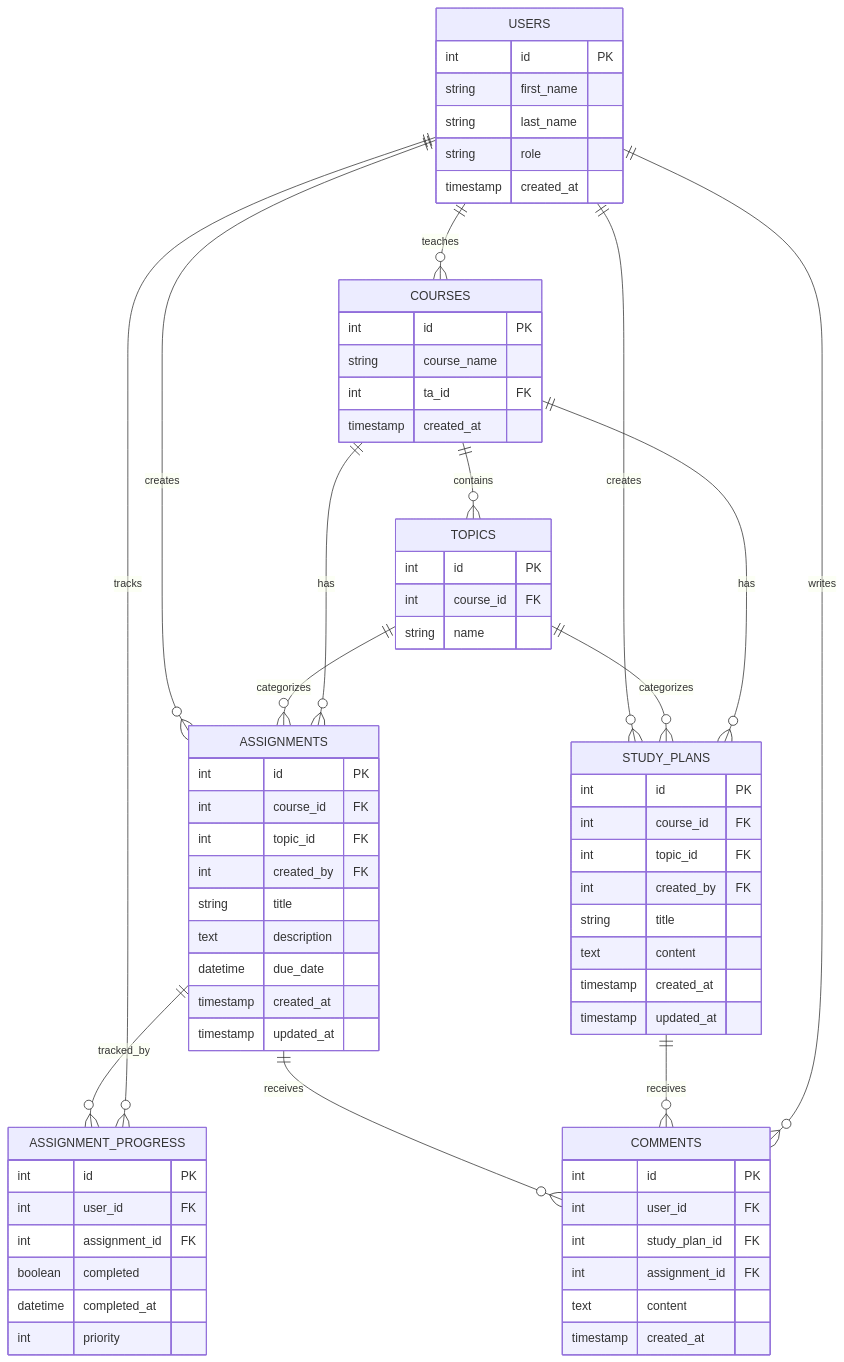
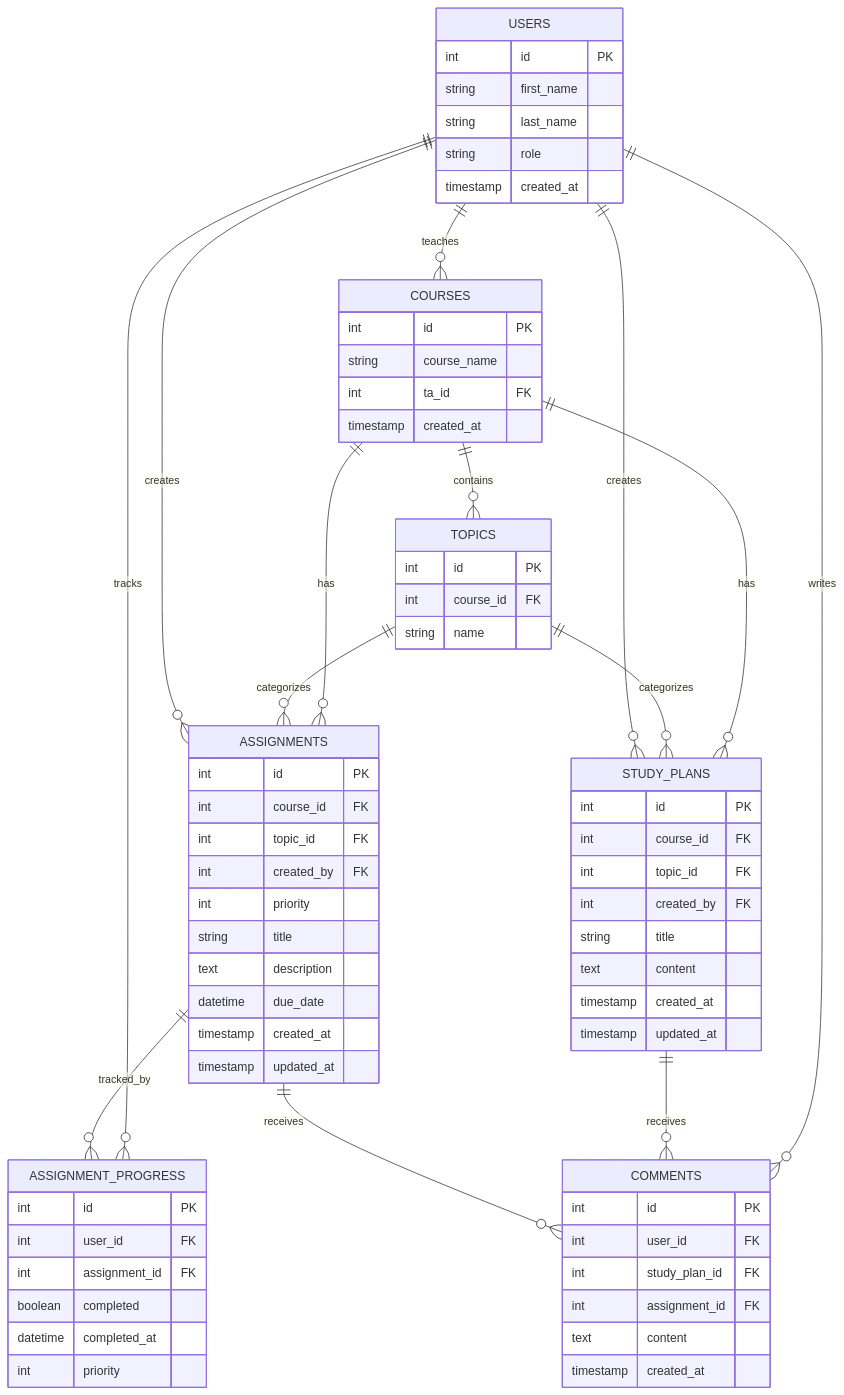
The diagram in planning/entity_relationship_diagram.md (schectma/web103_finalproject), drawn with Mermaid before and after one commit. The commit also changed other lines of this file, not shown here.

Commit message:
priority level added to assignments

```diff
--- a/planning/entity_relationship_diagram.md
+++ b/planning/entity_relationship_diagram.md
@@ -45,6 +45,7 @@
         int topic_id FK
         int created_by FK
 
+        int priority
         string title
         text description
         datetime due_date
```
